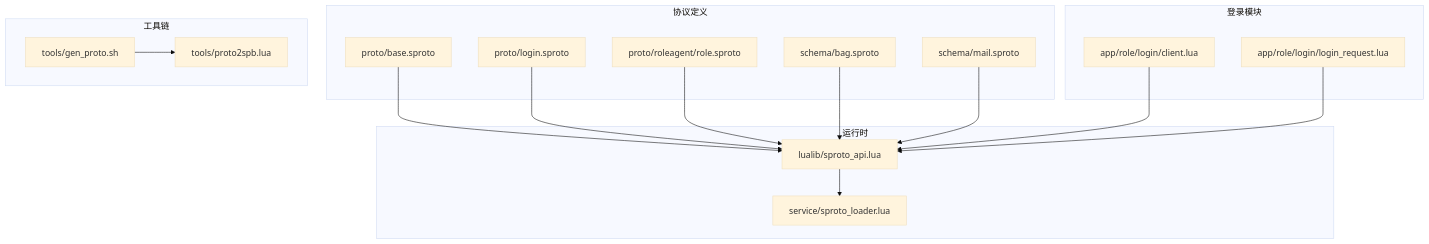
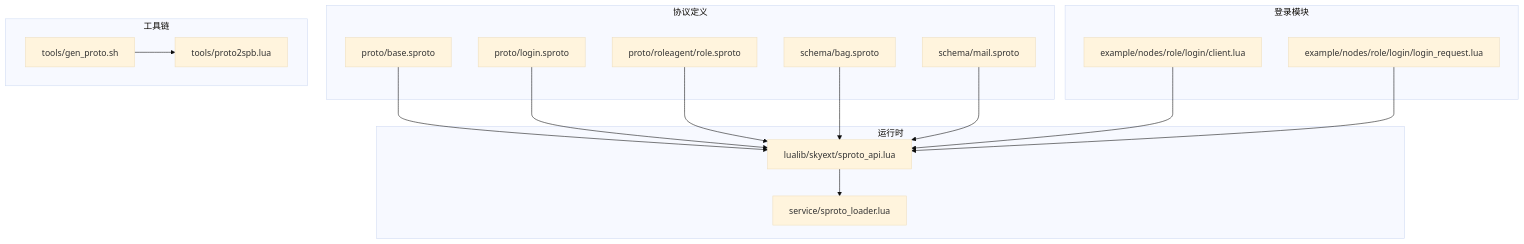
Before and after one commit to hanxi/skyext: the first of 9 diagrams in docs/repowiki/zh/content/数据模型/协议定义/协议定义.md, drawn with Mermaid (base theme). The commit also changed other lines of this file and 117 other files, not shown here.

````diff
--- a/docs/repowiki/zh/content/数据模型/协议定义/协议定义.md
+++ b/docs/repowiki/zh/content/数据模型/协议定义/协议定义.md
@@ -43,31 +43,31 @@
 ```mermaid
 graph TB
 subgraph "协议定义"
 P1["proto/base.sproto"]
 P2["proto/login.sproto"]
 P3["proto/roleagent/role.sproto"]
 S1["schema/bag.sproto"]
 S2["schema/mail.sproto"]
 end
 subgraph "运行时"
-L1["lualib/sproto_api.lua"]
+L1["lualib/skyext/sproto_api.lua"]
 L2["service/sproto_loader.lua"]
 end
 subgraph "登录模块"
-A1["app/role/login/client.lua"]
-A2["app/role/login/login_request.lua"]
+A1["example/nodes/role/login/client.lua"]
+A2["example/nodes/role/login/login_request.lua"]
 end
 subgraph "工具链"
 T1["tools/gen_proto.sh"]
 T2["tools/proto2spb.lua"]
 end
 P1 --> L1
 P2 --> L1
 P3 --> L1
 S1 --> L1
 S2 --> L1
 L1 --> L2
 A1 --> L1
 A2 --> L1
 T1 --> T2
 ```
````
